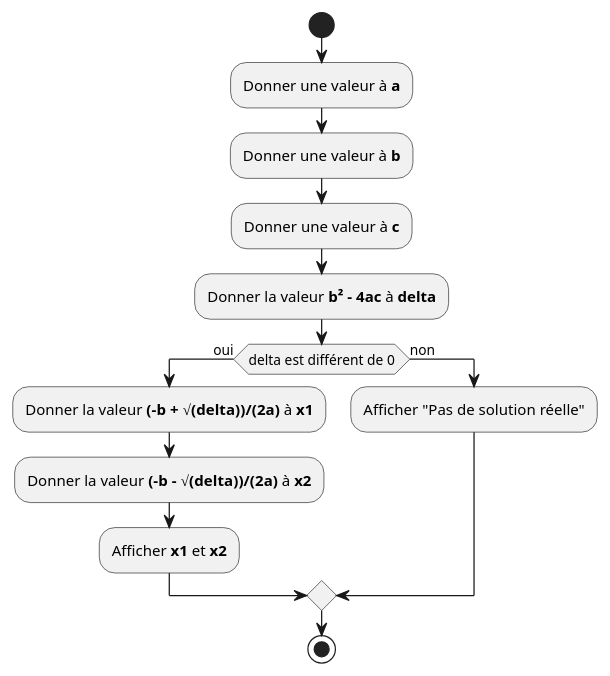
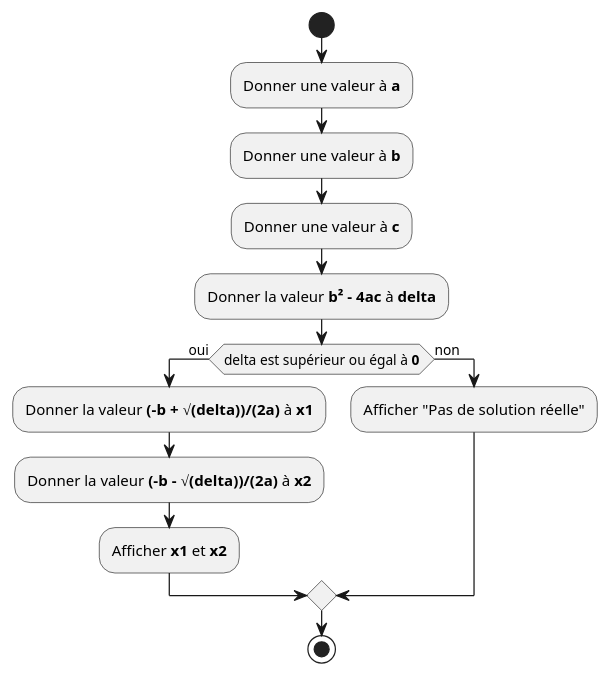
The second of 7 diagrams in docs/courses/python1ba/slides/slides1/index.md (qlurkin/qlurkin.github.io), drawn with PlantUML before and after one commit. The commit also changed 1 other file, not shown here.

````diff
--- a/docs/courses/python1ba/slides/slides1/index.md
+++ b/docs/courses/python1ba/slides/slides1/index.md
@@ -141,21 +141,21 @@
 ```plantuml {.build}
 @startuml
 start
 
 :Donner une valeur à **a**;
 :Donner une valeur à **b**;
 :Donner une valeur à **c**;
 :Donner la valeur **b² - 4ac** à **delta**;
 
-if (delta est différent de 0) then (oui)
+if (delta est supérieur ou égal à **0**) then (oui)
   :Donner la valeur **(-b + √(delta))/(2a)** à **x1**;
   :Donner la valeur **(-b - √(delta))/(2a)** à **x2**;
   :Afficher **x1** et **x2**;
 else (non)
   :Afficher "Pas de solution réelle";
 endif
 
 stop
 @enduml
 
 ```
````
